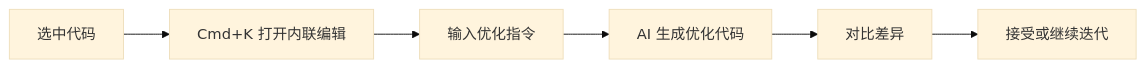
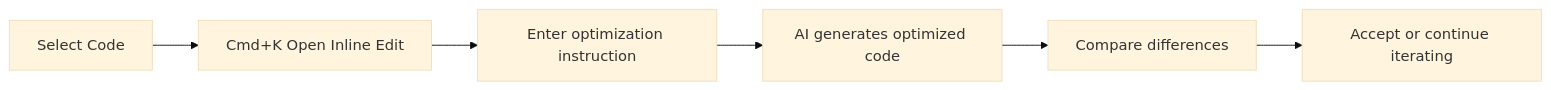
Before and after one commit to DDR187/cursor-howto: the ninth of 9 diagrams in 01-shortcuts/README.md, drawn with Mermaid (base theme). The commit also changed other lines of this file and 22 other files, not shown here.

````diff
--- a/01-shortcuts/README.md
+++ b/01-shortcuts/README.md
@@ -417,8 +417,8 @@
 ```mermaid
 flowchart LR
-    A[选中代码] --> B[Cmd+K 打开内联编辑]
-    B --> C[输入优化指令]
-    C --> D[AI 生成优化代码]
-    D --> E[对比差异]
-    E --> F[接受或继续迭代]
+    A[Select Code] --> B[Cmd+K Open Inline Edit]
+    B --> C[Enter optimization instruction]
+    C --> D[AI generates optimized code]
+    D --> E[Compare differences]
+    E --> F[Accept or continue iterating]
 ```
````
